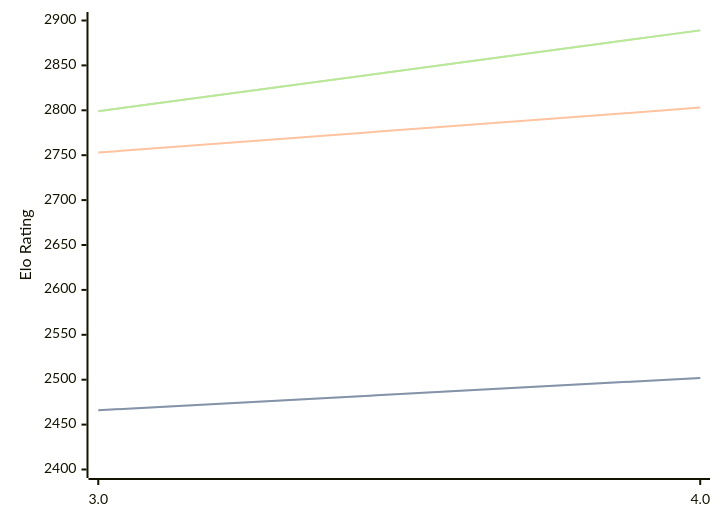
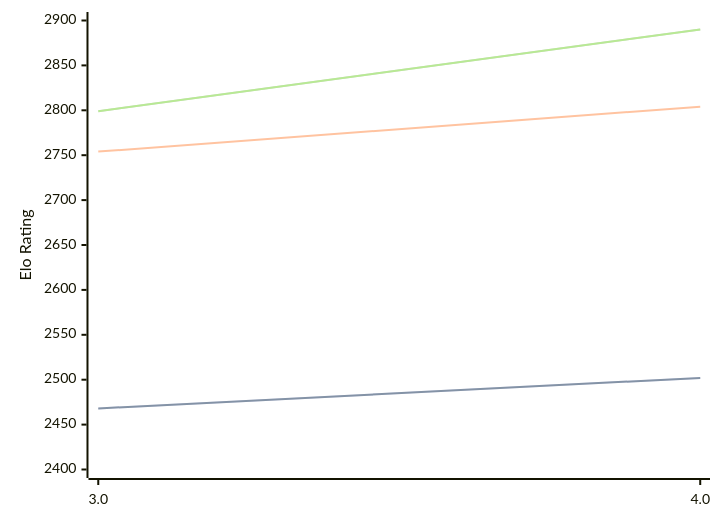
Before and after one commit to computer-chess-index/cci: the diagram in engines/Chess3.md, drawn with Mermaid. The commit also changed other lines of this file, not shown here.

Commit message:
Update CCI Ratings (ELO VLTC) - 2026-08-29

````diff
--- a/engines/Chess3.md
+++ b/engines/Chess3.md
@@ -32,11 +32,11 @@
 ```mermaid
 %%{init: {"theme":"base","themeVariables":{"seriesColors:['#a3a3a3','#222221','#faa371']}}}%%
 xychart-beta
   x-axis ["3.0", "4.0"]
   y-axis "Elo Rating" 2400 --> 2900
-  line "" [2466, 2502]
-  line "STC (8.0+0.08s)" [2466, 2502]
-  line "LTC (60.0+0.60s)" [2753, 2803]
-  line "" [2799, 2889]
-  line "VLTC (2m24s+1.12s)" [2799, 2889]
+  line "" [2468, 2502]
+  line "STC (8.0+0.08s)" [2468, 2502]
+  line "LTC (60.0+0.60s)" [2754, 2804]
+  line "" [2799, 2890]
+  line "VLTC (2m24s+1.12s)" [2799, 2890]
 ```
````
